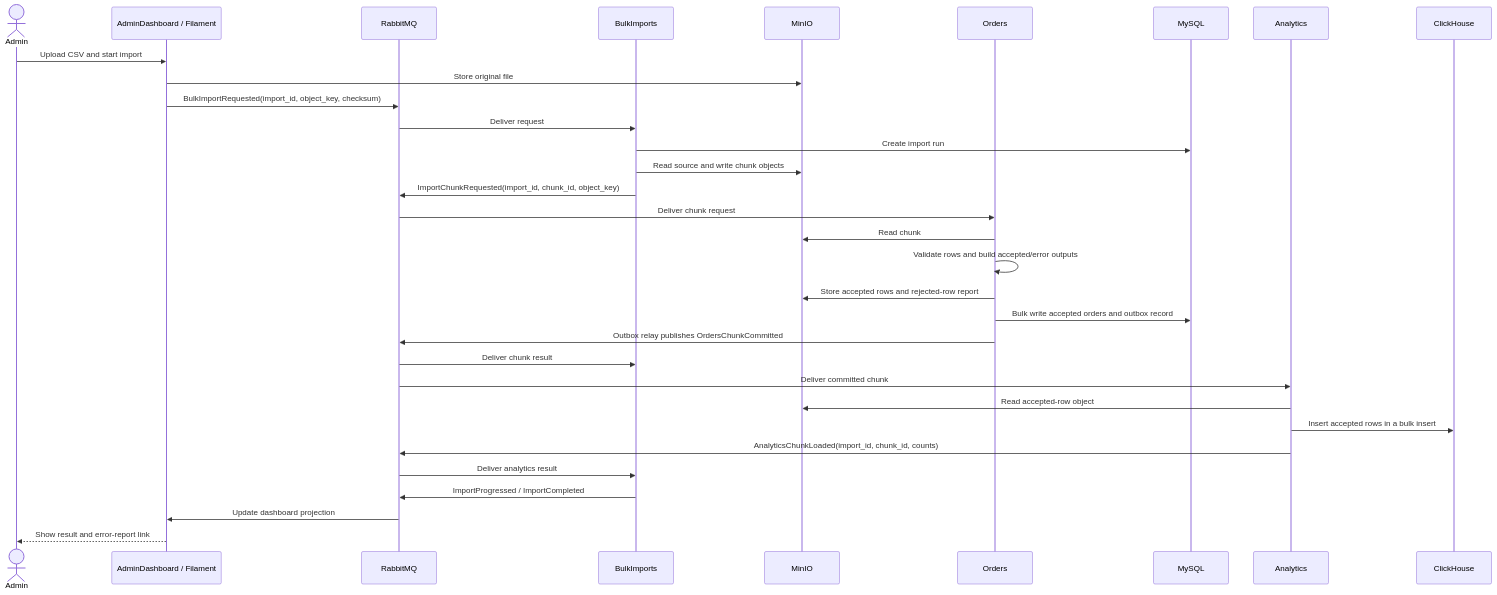
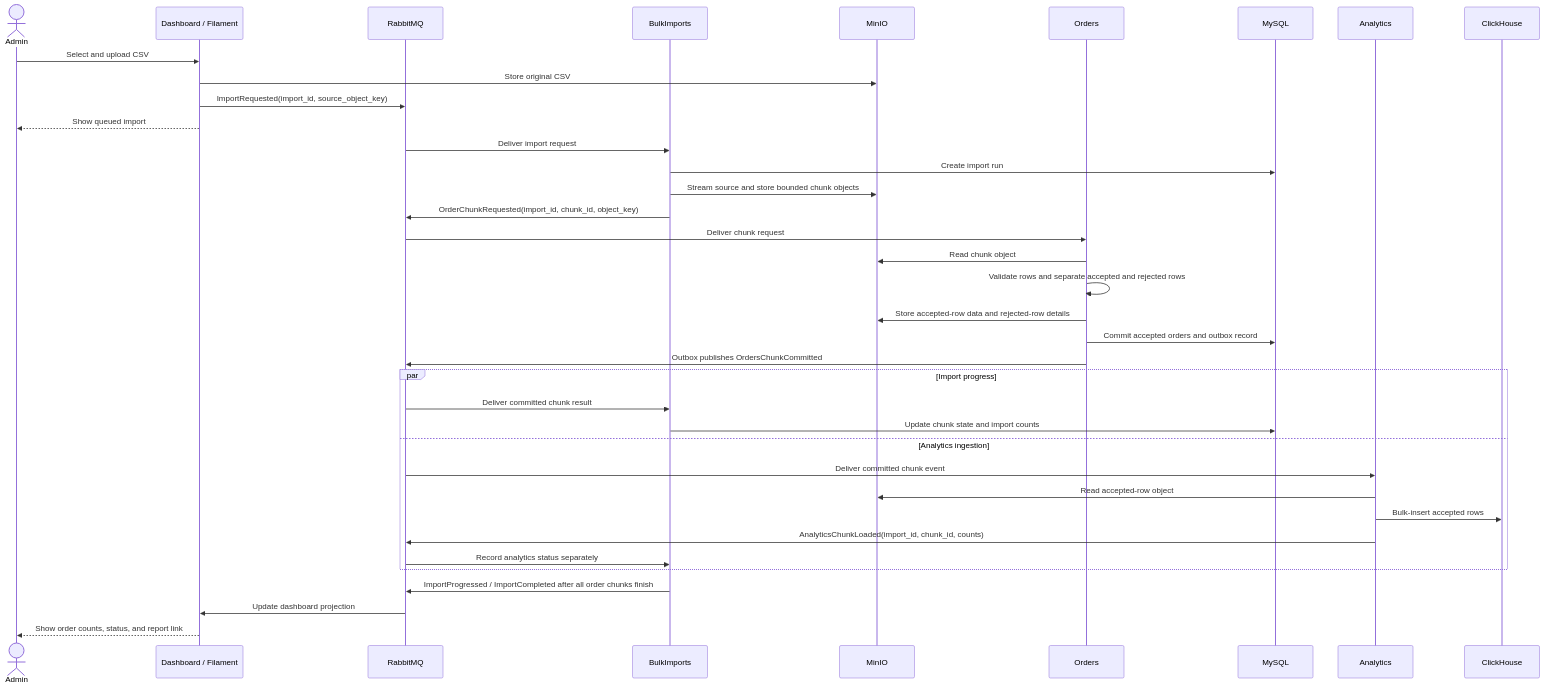
One commit to Ziad-Elganzory/bulk-processing-modular-lab changed the diagram in README.md. Above: the diagram before and after it, drawn with Mermaid. The commit also changed other lines of this file, not shown here.

Commit message:
Update Logic Flow

````diff
--- a/README.md
+++ b/README.md
@@ -43,35 +76,40 @@
 ```mermaid
 sequenceDiagram
     actor Admin
-    participant UI as AdminDashboard / Filament
+    participant UI as Dashboard / Filament
     participant Q as RabbitMQ
     participant B as BulkImports
     participant S as MinIO
     participant O as Orders
     participant DB as MySQL
     participant A as Analytics
     participant CH as ClickHouse
 
-    Admin->>UI: Upload CSV and start import
-    UI->>S: Store original file
-    UI->>Q: BulkImportRequested(import_id, object_key, checksum)
-    Q->>B: Deliver request
+    Admin->>UI: Select and upload CSV
+    UI->>S: Store original CSV
+    UI->>Q: ImportRequested(import_id, source_object_key)
+    UI-->>Admin: Show queued import
+    Q->>B: Deliver import request
     B->>DB: Create import run
-    B->>S: Read source and write chunk objects
-    B->>Q: ImportChunkRequested(import_id, chunk_id, object_key)
+    B->>S: Stream source and store bounded chunk objects
+    B->>Q: OrderChunkRequested(import_id, chunk_id, object_key)
     Q->>O: Deliver chunk request
-    O->>S: Read chunk
-    O->>O: Validate rows and build accepted/error outputs
-    O->>S: Store accepted rows and rejected-row report
-    O->>DB: Bulk write accepted orders and outbox record
-    O->>Q: Outbox relay publishes OrdersChunkCommitted
-    Q->>B: Deliver chunk result
-    Q->>A: Deliver committed chunk
-    A->>S: Read accepted-row object
-    A->>CH: Insert accepted rows in a bulk insert
-    A->>Q: AnalyticsChunkLoaded(import_id, chunk_id, counts)
-    Q->>B: Deliver analytics result
-    B->>Q: ImportProgressed / ImportCompleted
+    O->>S: Read chunk object
+    O->>O: Validate rows and separate accepted and rejected rows
+    O->>S: Store accepted-row data and rejected-row details
+    O->>DB: Commit accepted orders and outbox record
+    O->>Q: Outbox publishes OrdersChunkCommitted
+    par Import progress
+        Q->>B: Deliver committed chunk result
+        B->>DB: Update chunk state and import counts
+    and Analytics ingestion
+        Q->>A: Deliver committed chunk event
+        A->>S: Read accepted-row object
+        A->>CH: Bulk-insert accepted rows
+        A->>Q: AnalyticsChunkLoaded(import_id, chunk_id, counts)
+        Q->>B: Record analytics status separately
+    end
+    B->>Q: ImportProgressed / ImportCompleted after all order chunks finish
     Q->>UI: Update dashboard projection
-    UI-->>Admin: Show result and error-report link
+    UI-->>Admin: Show order counts, status, and report link
 ```
````
